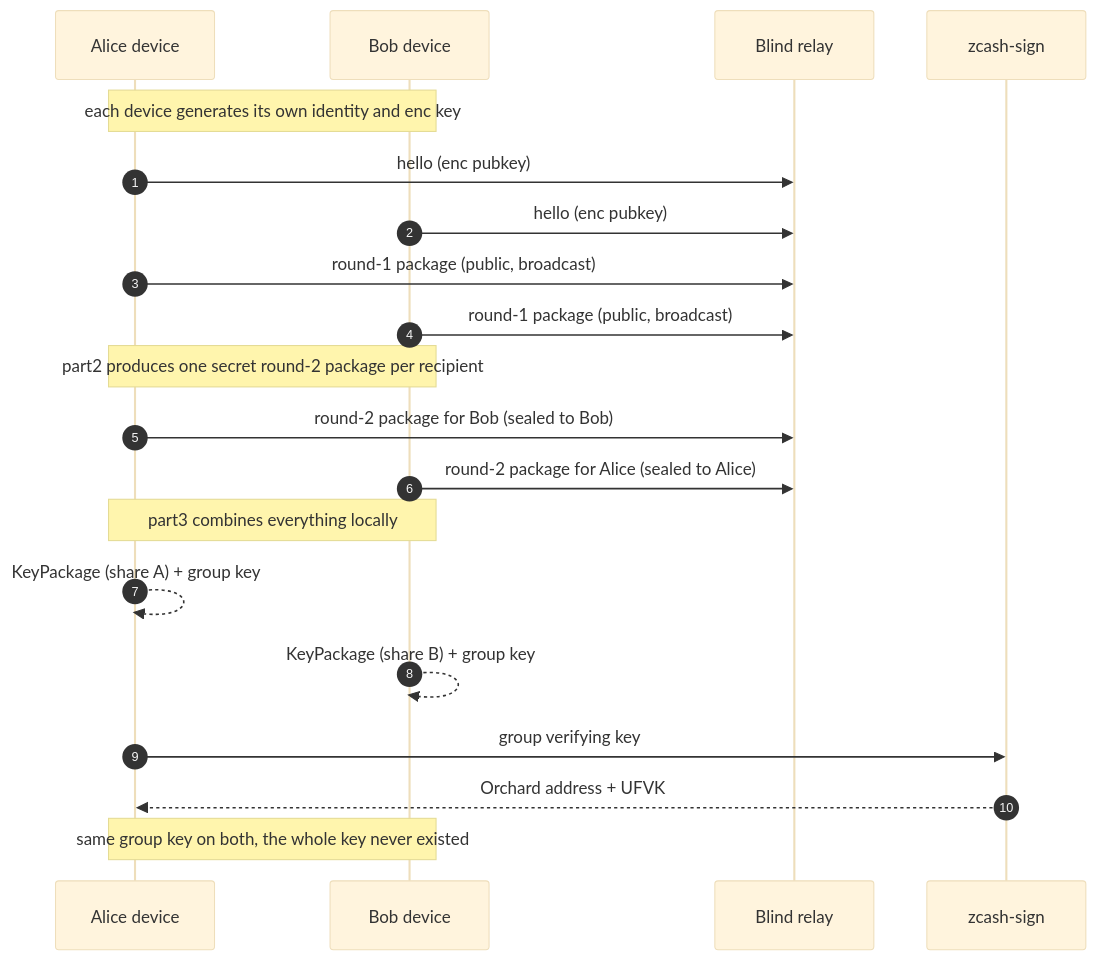
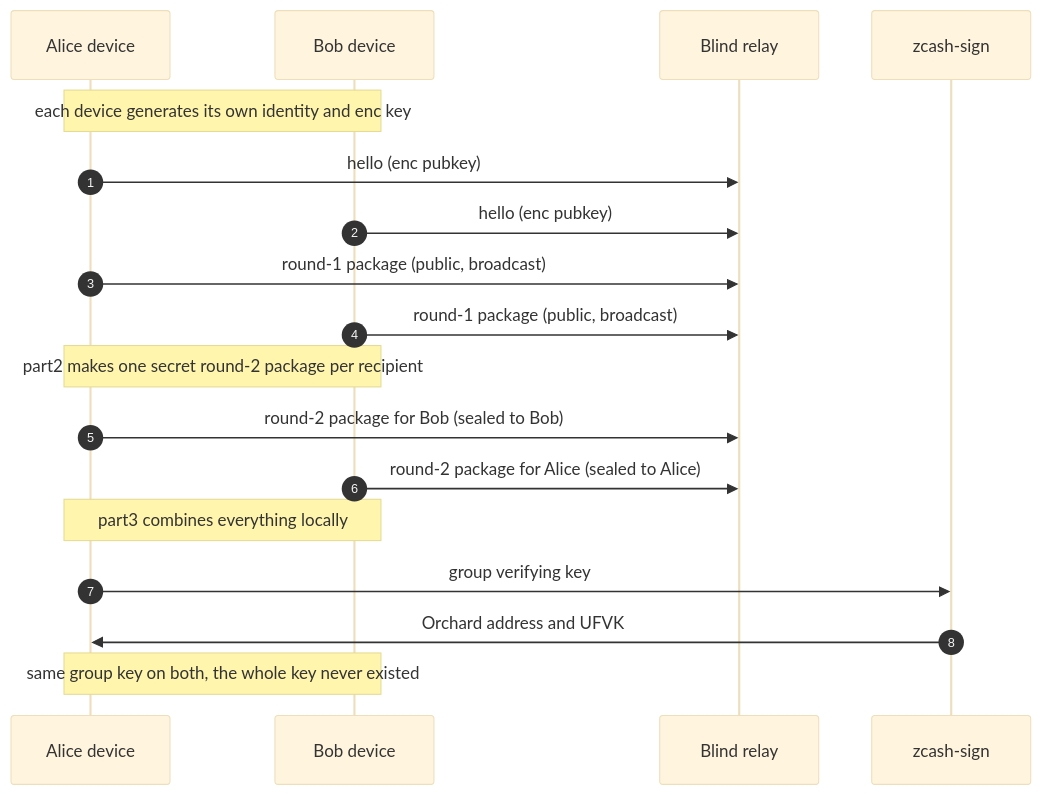
One commit to deegalabs/konclave changed the second of 10 diagrams in docs/DIAGRAMS.md. Above: the diagram before and after it, drawn with Mermaid (base theme). The commit also changed other lines of this file, not shown here.

First line of the commit message:
docs(diagrams): make all Mermaid diagrams render on GitHub

````diff
--- a/docs/DIAGRAMS.md
+++ b/docs/DIAGRAMS.md
@@ -58,23 +32,21 @@
 ```mermaid
 sequenceDiagram
   autonumber
   participant A as Alice device
   participant B as Bob device
   participant R as Blind relay
   participant Z as zcash-sign
 
   Note over A,B: each device generates its own identity and enc key
   A->>R: hello (enc pubkey)
   B->>R: hello (enc pubkey)
   A->>R: round-1 package (public, broadcast)
   B->>R: round-1 package (public, broadcast)
-  Note over A,B: part2 produces one secret round-2 package per recipient
+  Note over A,B: part2 makes one secret round-2 package per recipient
   A->>R: round-2 package for Bob (sealed to Bob)
   B->>R: round-2 package for Alice (sealed to Alice)
   Note over A,B: part3 combines everything locally
-  A-->>A: KeyPackage (share A) + group key
-  B-->>B: KeyPackage (share B) + group key
   A->>Z: group verifying key
-  Z-->>A: Orchard address + UFVK
+  Z->>A: Orchard address and UFVK
   Note over A,B: same group key on both, the whole key never existed
 ```
````
